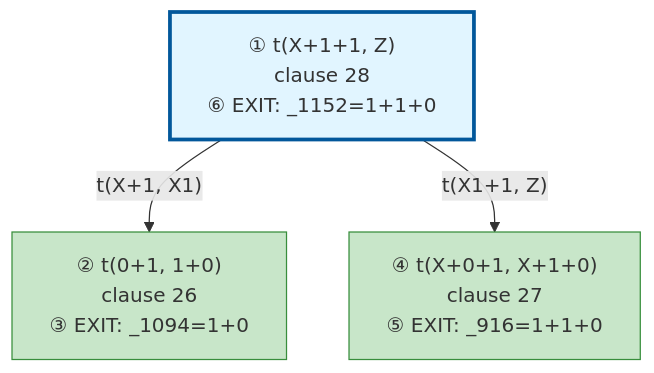
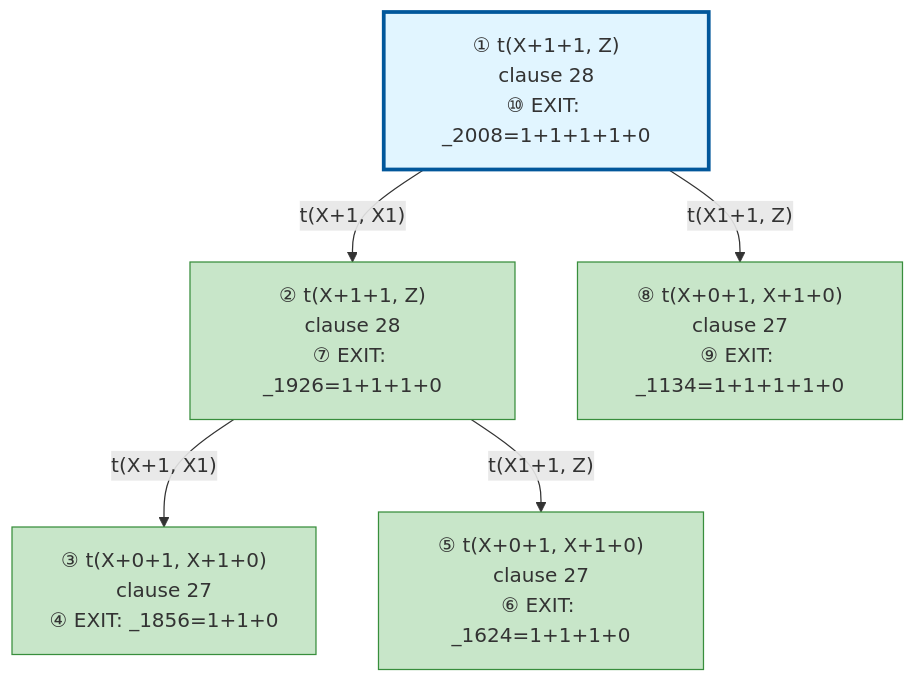
Before and after one commit to jarecsni/prolog-trace-viz: the diagram in examples/3_3_operators-output.md, drawn with Mermaid. The commit also changed other lines of this file and 5 other files, not shown here.

Commit message:
♻️ merge CALL/EXIT pairs into single timeline steps

````diff
--- a/examples/3_3_operators-output.md
+++ b/examples/3_3_operators-output.md
@@ -83,17 +82,23 @@
 ```mermaid
 graph TD
 
 %% Nodes
-A["① t(X+1+1, Z)<br/>clause 28<br/>⑥ EXIT: _1152=1+1+0"]
-B["② t(0+1, 1+0)<br/>clause 26<br/>③ EXIT: _1094=1+0"]
-C["④ t(X+0+1, X+1+0)<br/>clause 27<br/>⑤ EXIT: _916=1+1+0"]
+A["① t(X+1+1, Z)<br/>clause 28<br/>⑩ EXIT: _2008=1+1+1+1+0"]
+B["② t(X+1+1, Z)<br/>clause 28<br/>⑦ EXIT: _1926=1+1+1+0"]
+C["③ t(X+0+1, X+1+0)<br/>clause 27<br/>④ EXIT: _1856=1+1+0"]
+D["⑤ t(X+0+1, X+1+0)<br/>clause 27<br/>⑥ EXIT: _1624=1+1+1+0"]
+E["⑧ t(X+0+1, X+1+0)<br/>clause 27<br/>⑨ EXIT: _1134=1+1+1+1+0"]
 
 %% Edges
 A -->|"t(X+1, X1)"| B
-A -->|"t(X1+1, Z)"| C
+B -->|"t(X+1, X1)"| C
+B -->|"t(X1+1, Z)"| D
+A -->|"t(X1+1, Z)"| E
 
 %% Styles
 style A fill:#e1f5ff,stroke:#01579b,stroke-width:3px
 style B fill:#c8e6c9,stroke:#388e3c
 style C fill:#c8e6c9,stroke:#388e3c
+style D fill:#c8e6c9,stroke:#388e3c
+style E fill:#c8e6c9,stroke:#388e3c
 ```
````
